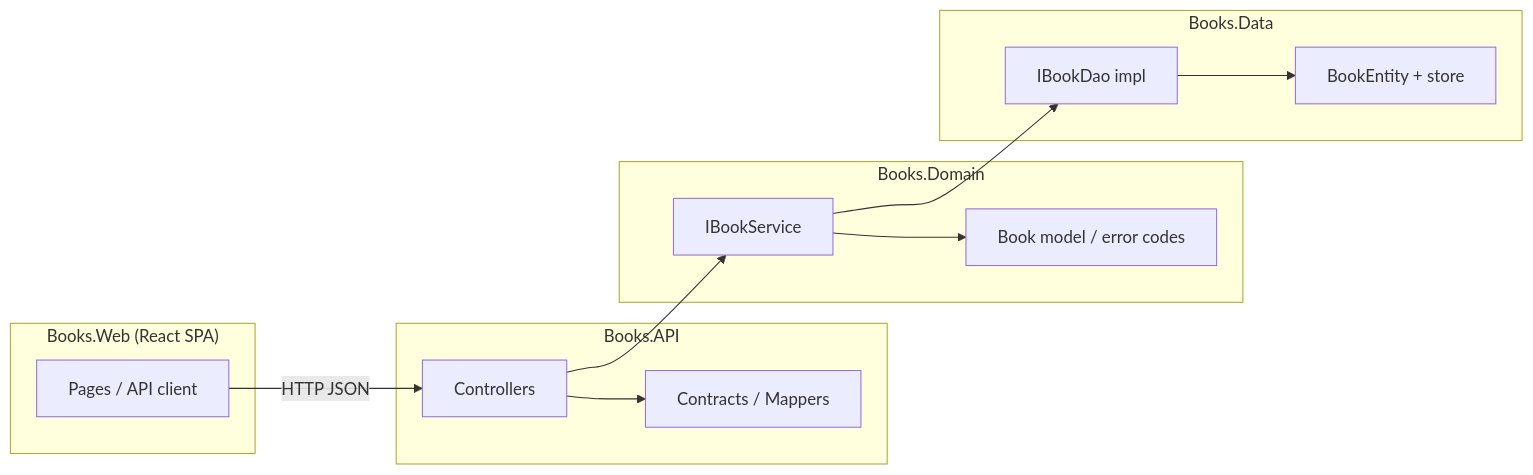
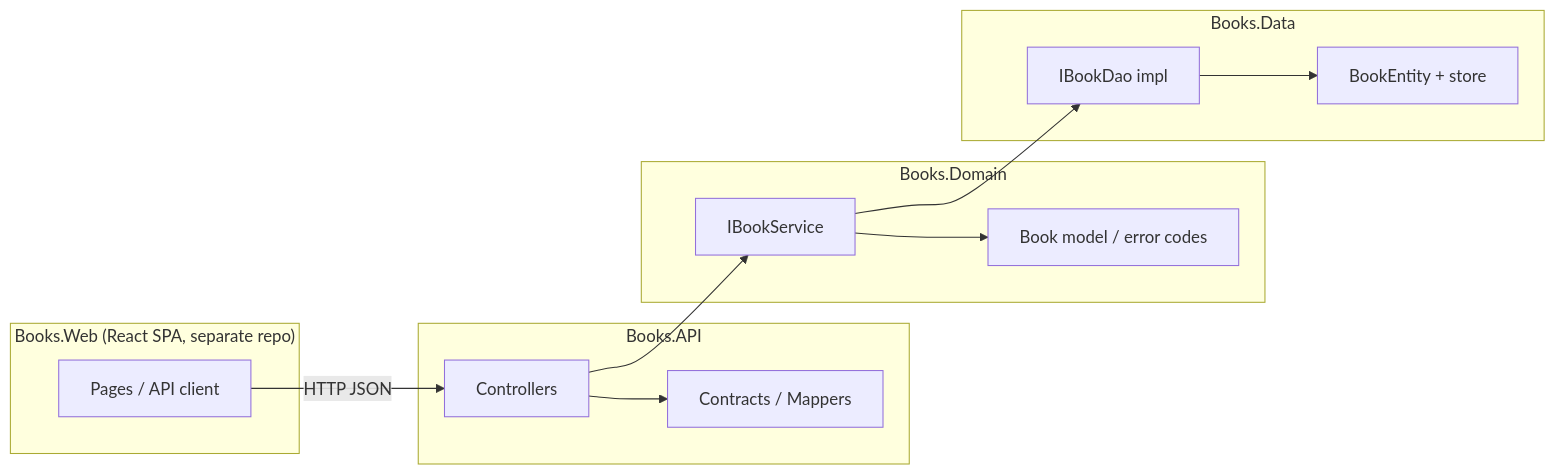
One commit to ihor-shndr/api-template-dotnet changed the first of 2 diagrams in docs/tech-designs/tech-design-book-management.md. Above: the diagram before and after it, drawn with Mermaid. The commit also changed 30 other files, not shown here.

````diff
--- a/docs/tech-designs/tech-design-book-management.md
+++ b/docs/tech-designs/tech-design-book-management.md
@@ -25,28 +25,28 @@
 ```mermaid
 flowchart LR
-    subgraph Web["Books.Web (React SPA)"]
+    subgraph Web["Books.Web (React SPA, separate repo)"]
         UI[Pages / API client]
     end
 
     subgraph API["Books.API"]
         Ctrl[Controllers]
         Contract[Contracts / Mappers]
     end
 
     subgraph Domain["Books.Domain"]
         Svc[IBookService]
         Model[Book model / error codes]
     end
 
     subgraph Data["Books.Data"]
         Dao[IBookDao impl]
         Entity[BookEntity + store]
     end
 
     UI -->|HTTP JSON| Ctrl
     Ctrl --> Contract
     Ctrl --> Svc
     Svc --> Model
     Svc --> Dao
     Dao --> Entity
 ```
````
